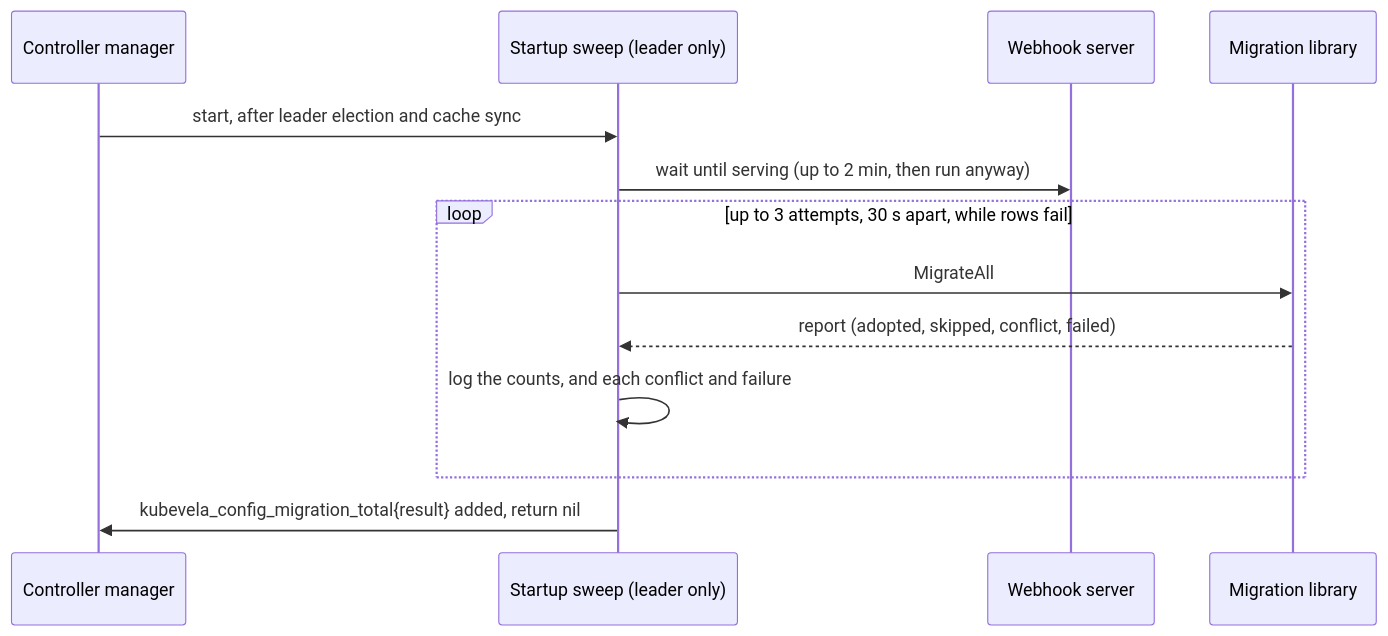
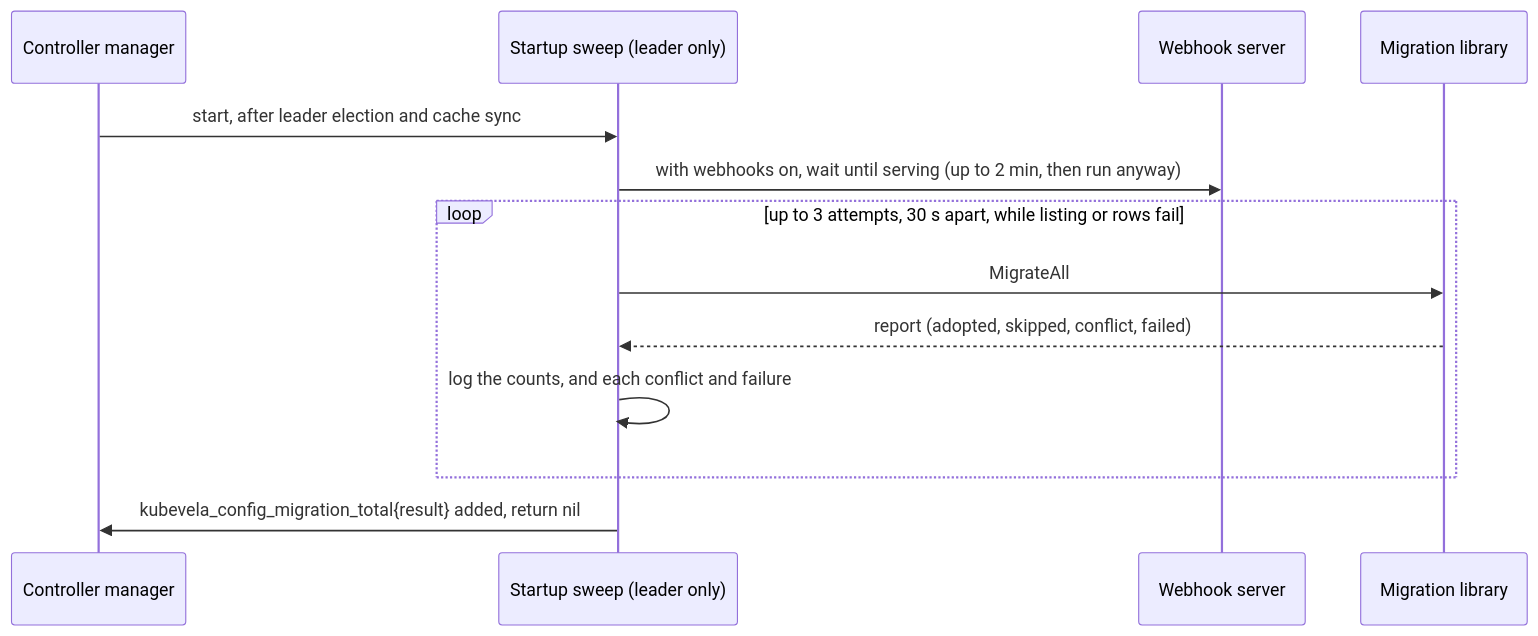
Before and after one commit to kubevela/kubevela: the third of 3 diagrams in design/vela-core/keps/2.18-config-crds/design/03-migration.md, drawn with Mermaid. The commit also changed other lines of this file and 9 other files, not shown here.

````diff
--- a/design/vela-core/keps/2.18-config-crds/design/03-migration.md
+++ b/design/vela-core/keps/2.18-config-crds/design/03-migration.md
@@ -150,16 +152,16 @@
 ```mermaid
 sequenceDiagram
     participant Mgr as Controller manager
     participant Sw as Startup sweep (leader only)
     participant WH as Webhook server
     participant Lib as Migration library
 
     Mgr->>Sw: start, after leader election and cache sync
-    Sw->>WH: wait until serving (up to 2 min, then run anyway)
-    loop up to 3 attempts, 30 s apart, while rows fail
+    Sw->>WH: with webhooks on, wait until serving (up to 2 min, then run anyway)
+    loop up to 3 attempts, 30 s apart, while listing or rows fail
         Sw->>Lib: MigrateAll
         Lib-->>Sw: report (adopted, skipped, conflict, failed)
         Sw->>Sw: log the counts, and each conflict and failure
     end
     Sw->>Mgr: kubevela_config_migration_total{result} added, return nil
 ```
````
